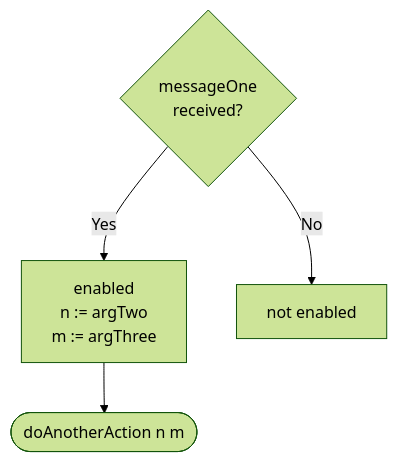
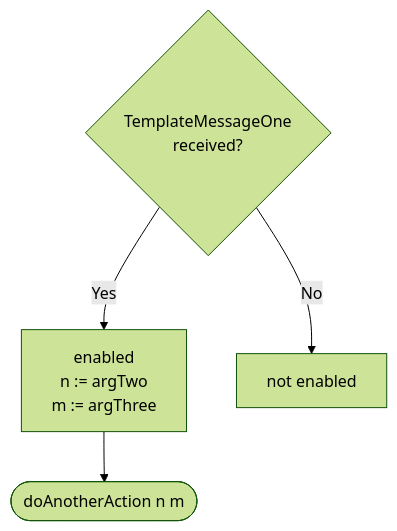
The diagram in docs/node_architecture/engines/template_dynamics.juvix.md (anoma/nspec), drawn with Mermaid (forest theme) before and after one commit. The commit also changed other lines of this file and 2 other files, not shown here.

````diff
--- a/docs/node_architecture/engines/template_dynamics.juvix.md
+++ b/docs/node_architecture/engines/template_dynamics.juvix.md
@@ -232,7 +233,7 @@
 ```mermaid
 flowchart TD
-    C{messageOne<br>received?}
+    C{TemplateMessageOne<br>received?}
     C -->|Yes| D[enabled<br>n := argTwo<br>m := argThree ]
     C -->|No| E[not enabled]
     D --> F([doAnotherAction n m])
 ```
````
